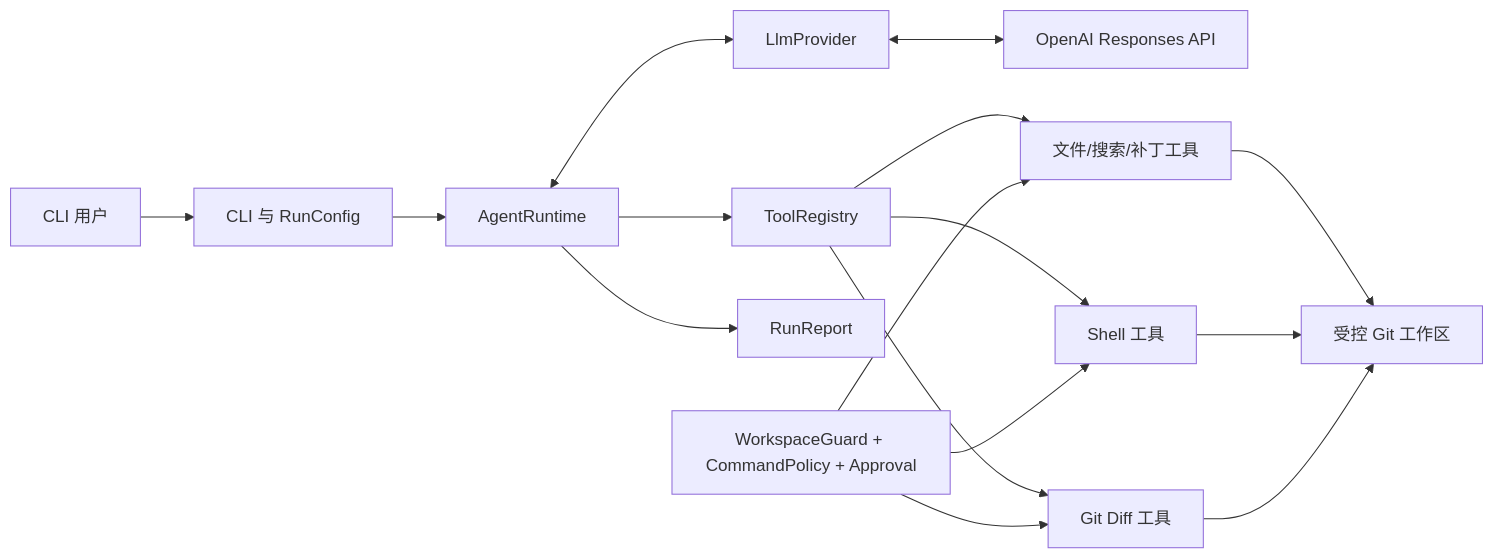
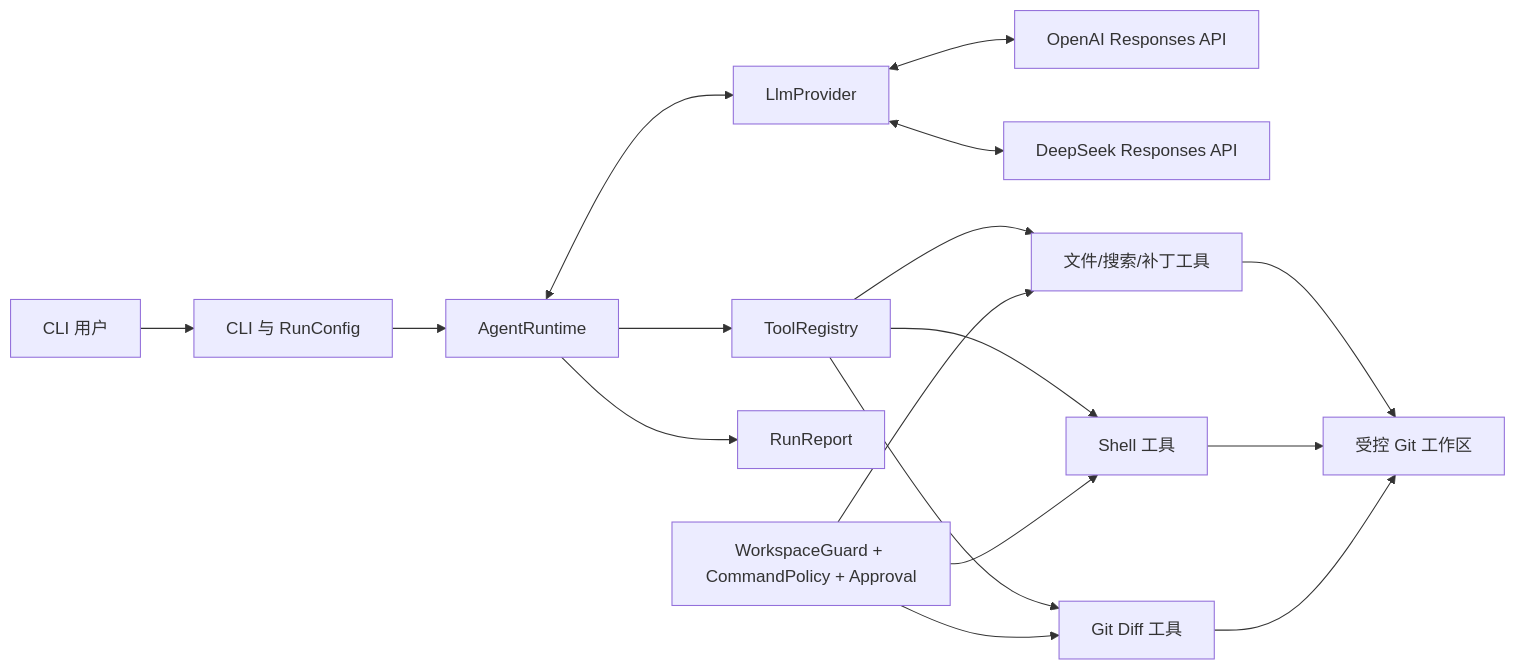
The first of 2 diagrams in specs/mini-coder-v0.1/design.md (dsfgis/MiniCoder), drawn with Mermaid before and after one commit. The commit also changed other lines of this file and 18 other files, not shown here.

Commit message:
feat: add DeepSeek provider support

````diff
--- a/specs/mini-coder-v0.1/design.md
+++ b/specs/mini-coder-v0.1/design.md
@@ -32,18 +33,19 @@
 ```mermaid
 flowchart LR
     U["CLI 用户"] --> CLI["CLI 与 RunConfig"]
     CLI --> A["AgentRuntime"]
     A <--> P["LlmProvider"]
     P <--> OA["OpenAI Responses API"]
+    P <--> DS["DeepSeek Responses API"]
     A --> TR["ToolRegistry"]
     TR --> FT["文件/搜索/补丁工具"]
     TR --> ST["Shell 工具"]
     TR --> GT["Git Diff 工具"]
     FT --> W["受控 Git 工作区"]
     ST --> W
     GT --> W
     A --> RP["RunReport"]
     SEC["WorkspaceGuard + CommandPolicy + Approval"] --> FT
     SEC --> ST
     SEC --> GT
 ```
````
